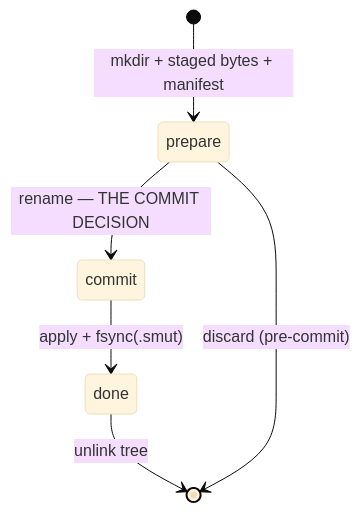
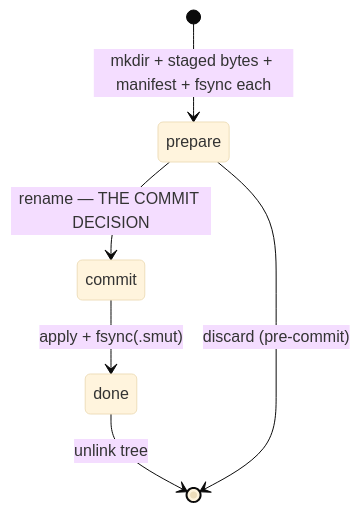
The second of 3 diagrams in .doctrine/slice/001/design.md (davidlee/smut), drawn with Mermaid (base theme) before and after one commit. The commit also changed other lines of this file and 12 other files, not shown here.

````diff
--- a/.doctrine/slice/001/design.md
+++ b/.doctrine/slice/001/design.md
@@ -274,8 +281,8 @@
 ```mermaid
 stateDiagram-v2
-    [*] --> prepare: mkdir + staged bytes + manifest
+    [*] --> prepare: mkdir + staged bytes + manifest + fsync each
     prepare --> commit: rename — THE COMMIT DECISION
     commit --> done: apply + fsync(.smut)
     done --> [*]: unlink tree
     prepare --> [*]: discard (pre-commit)
 ```
````
